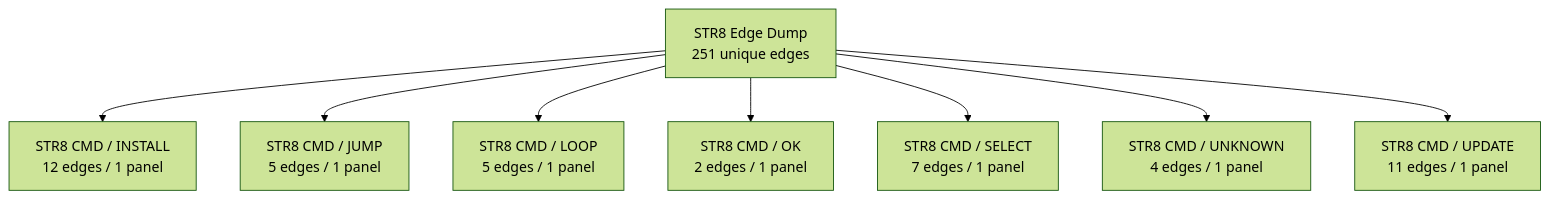
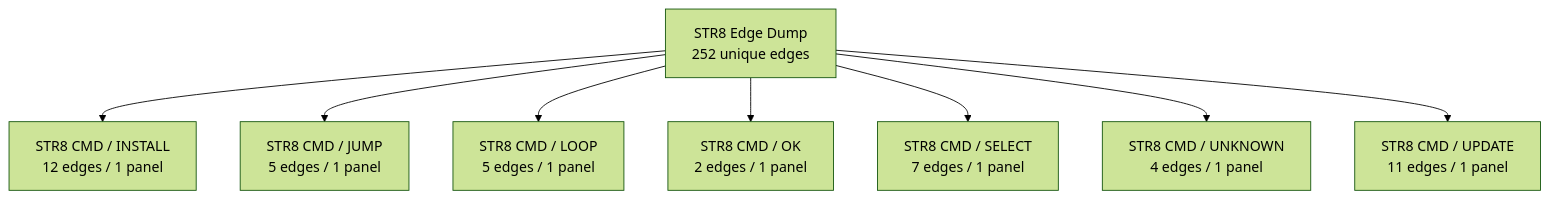
One commit to 95westus/R-YORS changed the third of 42 diagrams in DOC/GUIDES/STR8/STR8_EDGE_DUMP.md. Above: the diagram before and after it, drawn with Mermaid (forest theme). The commit also changed other lines of this file and 28 other files, not shown here.

````diff
--- a/DOC/GUIDES/STR8/STR8_EDGE_DUMP.md
+++ b/DOC/GUIDES/STR8/STR8_EDGE_DUMP.md
@@ -62,10 +62,10 @@
 ```mermaid
 flowchart TD
-    EDGE_ATLAS_ROOT_2["STR8 Edge Dump<br/>251 unique edges"] --> EDGE_FAMILY_2_0["STR8 CMD / INSTALL<br/>12 edges / 1 panel"]
-    EDGE_ATLAS_ROOT_2["STR8 Edge Dump<br/>251 unique edges"] --> EDGE_FAMILY_2_1["STR8 CMD / JUMP<br/>5 edges / 1 panel"]
-    EDGE_ATLAS_ROOT_2["STR8 Edge Dump<br/>251 unique edges"] --> EDGE_FAMILY_2_2["STR8 CMD / LOOP<br/>5 edges / 1 panel"]
-    EDGE_ATLAS_ROOT_2["STR8 Edge Dump<br/>251 unique edges"] --> EDGE_FAMILY_2_3["STR8 CMD / OK<br/>2 edges / 1 panel"]
-    EDGE_ATLAS_ROOT_2["STR8 Edge Dump<br/>251 unique edges"] --> EDGE_FAMILY_2_4["STR8 CMD / SELECT<br/>7 edges / 1 panel"]
-    EDGE_ATLAS_ROOT_2["STR8 Edge Dump<br/>251 unique edges"] --> EDGE_FAMILY_2_5["STR8 CMD / UNKNOWN<br/>4 edges / 1 panel"]
-    EDGE_ATLAS_ROOT_2["STR8 Edge Dump<br/>251 unique edges"] --> EDGE_FAMILY_2_6["STR8 CMD / UPDATE<br/>11 edges / 1 panel"]
+    EDGE_ATLAS_ROOT_2["STR8 Edge Dump<br/>252 unique edges"] --> EDGE_FAMILY_2_0["STR8 CMD / INSTALL<br/>12 edges / 1 panel"]
+    EDGE_ATLAS_ROOT_2["STR8 Edge Dump<br/>252 unique edges"] --> EDGE_FAMILY_2_1["STR8 CMD / JUMP<br/>5 edges / 1 panel"]
+    EDGE_ATLAS_ROOT_2["STR8 Edge Dump<br/>252 unique edges"] --> EDGE_FAMILY_2_2["STR8 CMD / LOOP<br/>5 edges / 1 panel"]
+    EDGE_ATLAS_ROOT_2["STR8 Edge Dump<br/>252 unique edges"] --> EDGE_FAMILY_2_3["STR8 CMD / OK<br/>2 edges / 1 panel"]
+    EDGE_ATLAS_ROOT_2["STR8 Edge Dump<br/>252 unique edges"] --> EDGE_FAMILY_2_4["STR8 CMD / SELECT<br/>7 edges / 1 panel"]
+    EDGE_ATLAS_ROOT_2["STR8 Edge Dump<br/>252 unique edges"] --> EDGE_FAMILY_2_5["STR8 CMD / UNKNOWN<br/>4 edges / 1 panel"]
+    EDGE_ATLAS_ROOT_2["STR8 Edge Dump<br/>252 unique edges"] --> EDGE_FAMILY_2_6["STR8 CMD / UPDATE<br/>11 edges / 1 panel"]
 ```
````
